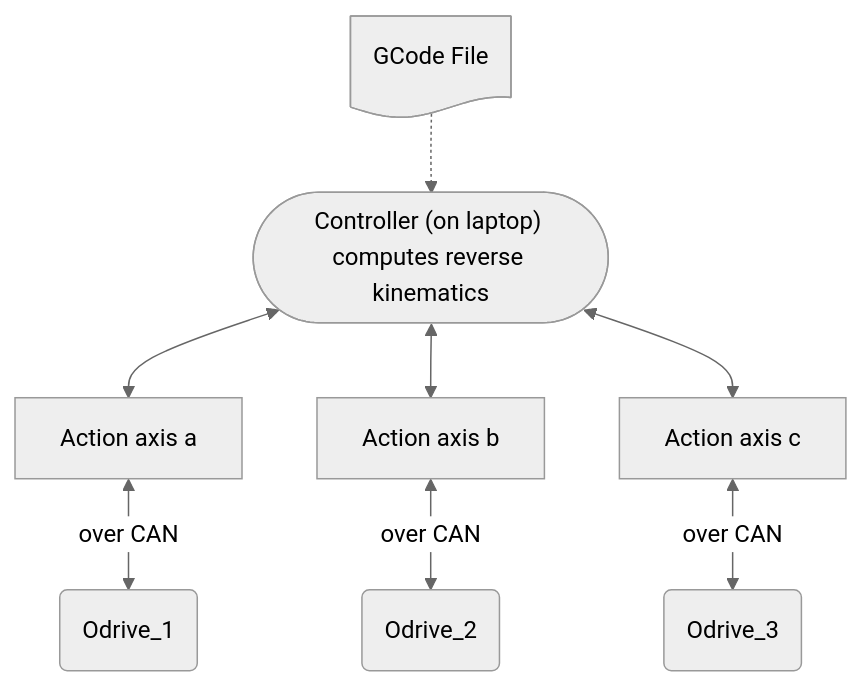
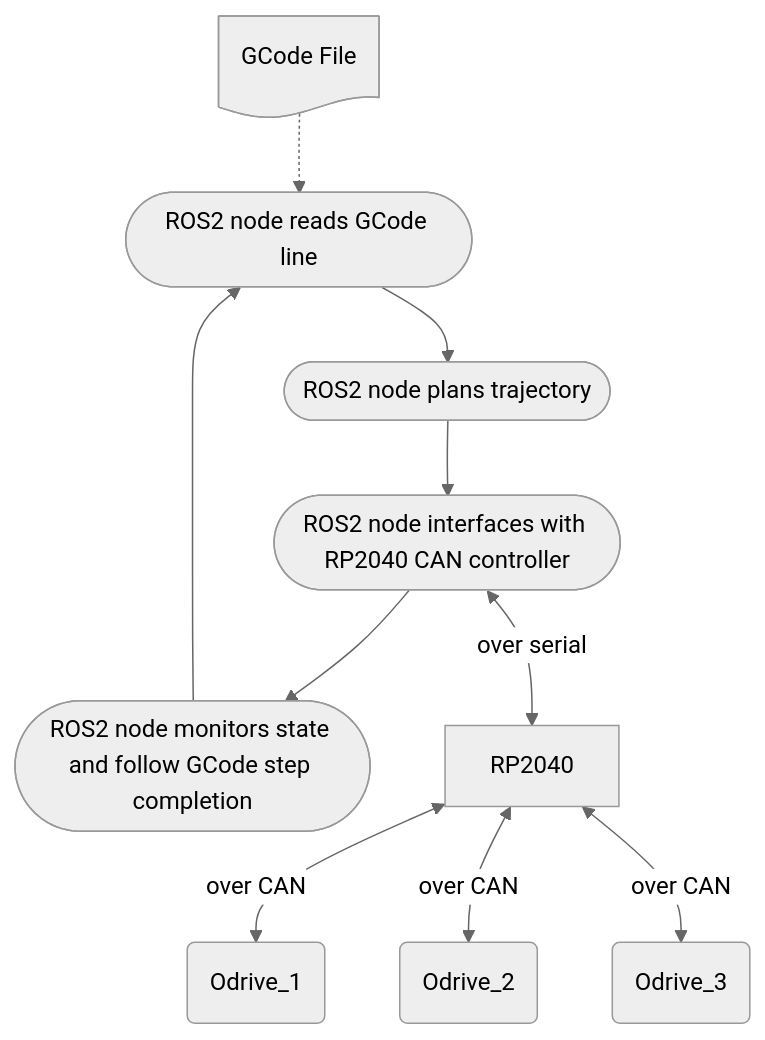
Before and after one commit to DamienGilliard/DeltaCNC: the diagram in README.md, drawn with Mermaid (neutral theme). The commit also changed other lines of this file, not shown here.

Commit message:
feat: update and improve software architecture diagram in root README

````diff
--- a/README.md
+++ b/README.md
@@ -18,10 +20,12 @@
 ```mermaid
-flowchart TD
-        GCODE@{ shape: doc, label: "GCode File"} -.-> A(["Controller (on laptop) computes reverse kinematics"])
-        A <--> B["Action axis a"]
-        A <--> C["Action axis b"]
-        A <--> D["Action axis c"]
-        B <--"over CAN"-->E("Odrive_1")
-        C <--"over CAN"-->F("Odrive_2")
+flowchart
+        GCODE@{ shape: doc, label: "GCode File"} -.-> A(["ROS2 node reads GCode line"])
+        A --> B(["ROS2 node plans trajectory"])
+        B --> C(["ROS2 node interfaces with RP2040 CAN controller"])
+        C --> M(["ROS2 node monitors state and follow GCode step completion"])
+        M --> A
+        C <--"over serial"--> D["RP2040"]
+        D <--"over CAN"-->E("Odrive_1")
+        D <--"over CAN"-->F("Odrive_2")
         D <--"over CAN"-->G("Odrive_3")
 ```
````
